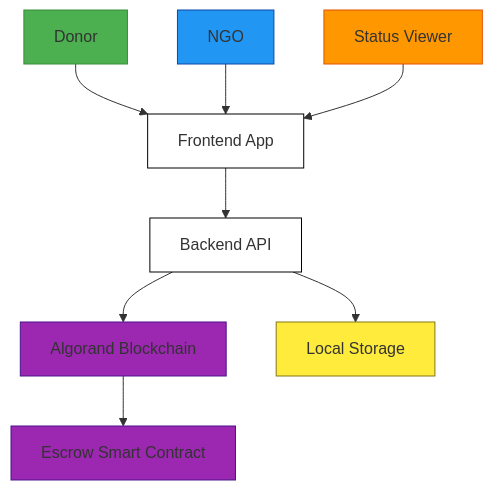
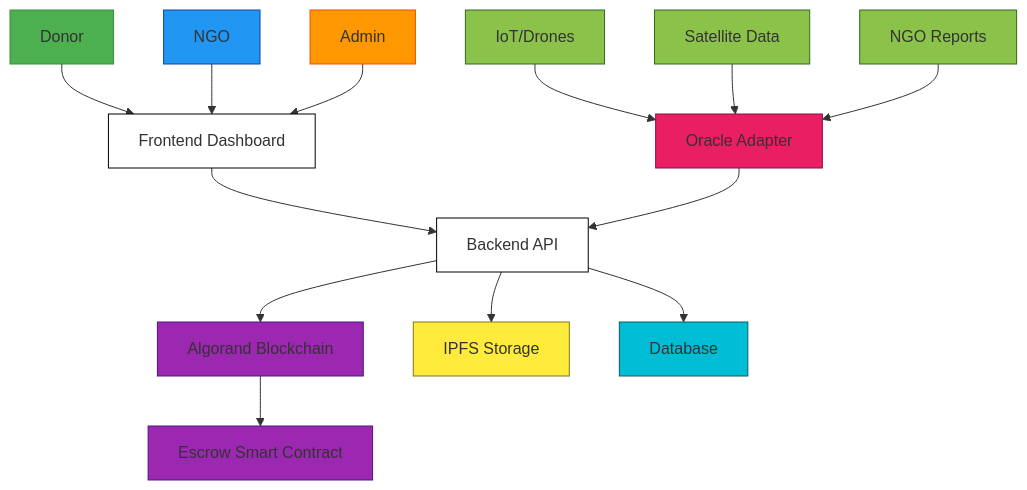
The diagram in architecture.md (Sreejith-nair511/HackSeries_ImpactX), drawn with Mermaid before and after one commit. The commit also changed 9 other files, not shown here.

````diff
--- a/architecture.md
+++ b/architecture.md
@@ -1,19 +1,29 @@
 ```mermaid
 graph TD
-    A[Donor] --> B[Frontend App]
+    A[Donor] --> B[Frontend Dashboard]
     C[NGO] --> B
-    D[Status Viewer] --> B
+    D[Admin] --> B
     B --> E[Backend API]
     E --> F[Algorand Blockchain]
-    E --> G[Local Storage]
-    F --> H[Escrow Smart Contract]
+    E --> G[IPFS Storage]
+    E --> H[Database]
+    F --> I[Escrow Smart Contract]
+    J[IoT/Drones] --> K[Oracle Adapter]
+    L[Satellite Data] --> K
+    M[NGO Reports] --> K
+    K --> E
     
     style A fill:#4CAF50,stroke:#388E3C
     style C fill:#2196F3,stroke:#0D47A1
     style D fill:#FF9800,stroke:#E65100
     style B fill:#FFFFFF,stroke:#000000
     style E fill:#FFFFFF,stroke:#000000
     style F fill:#9C27B0,stroke:#4A148C
     style G fill:#FFEB3B,stroke:#827717
-    style H fill:#9C27B0,stroke:#4A148C
+    style H fill:#00BCD4,stroke:#006064
+    style I fill:#9C27B0,stroke:#4A148C
+    style J fill:#8BC34A,stroke:#33691E
+    style K fill:#E91E63,stroke:#880E4F
+    style L fill:#8BC34A,stroke:#33691E
+    style M fill:#8BC34A,stroke:#33691E
 ```
````
